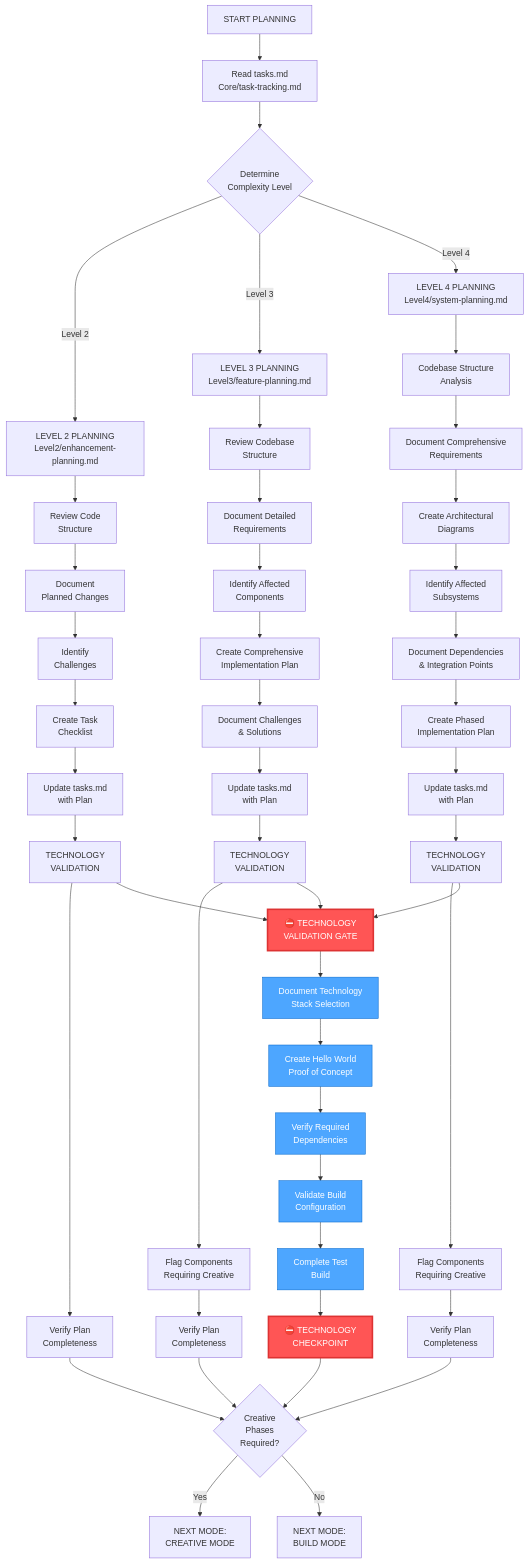
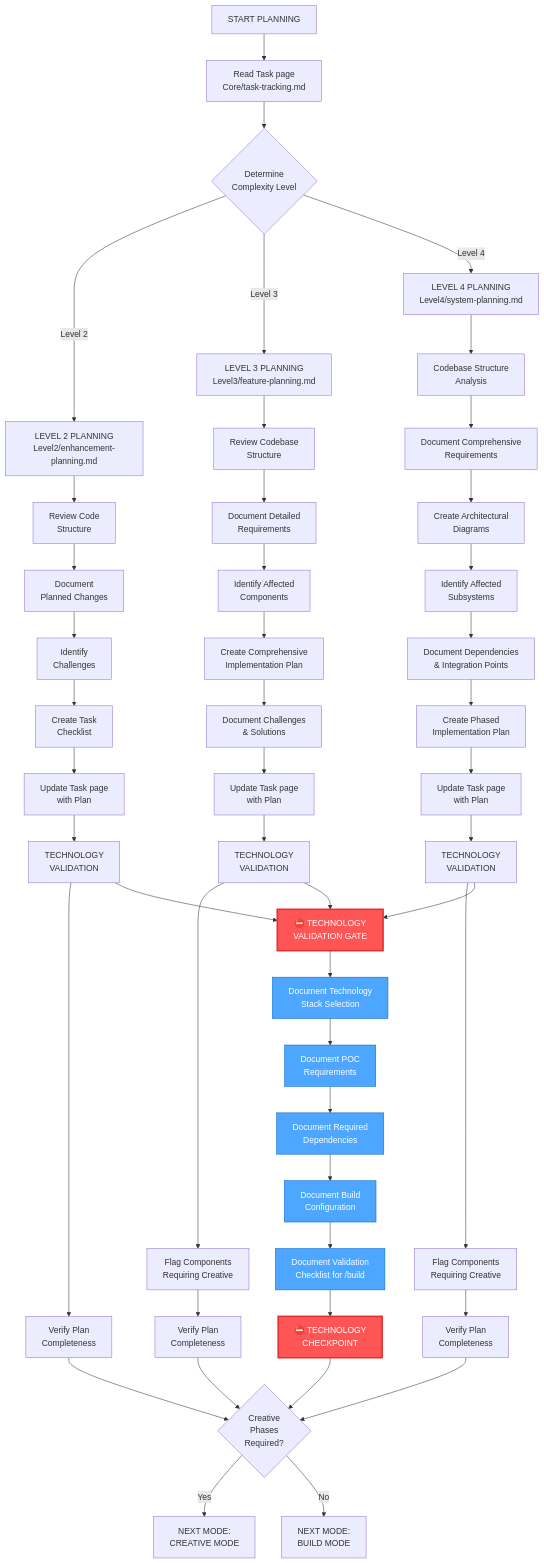
One commit to xianzhu21/cursor-memory-notion changed the first of 5 diagrams in .cursor/rules/isolation_rules/visual-maps/plan-mode-map.mdc. Above: the diagram before and after it, drawn with Mermaid. The commit also changed other lines of this file and 6 other files, not shown here.

First line of the commit message:
feat: merge plan and plan-update into single /plan command (TASK-1388)

````diff
--- a/.cursor/rules/isolation_rules/visual-maps/plan-mode-map.mdc
+++ b/.cursor/rules/isolation_rules/visual-maps/plan-mode-map.mdc
@@ -13,67 +13,67 @@
 ```mermaid
 graph TD
-    Start["START PLANNING"] --> ReadTasks["Read tasks.md<br>Core/task-tracking.md"]
+    Start["START PLANNING"] --> ReadTasks["Read Task page<br>Core/task-tracking.md"]
     
     %% Complexity Level Determination
     ReadTasks --> CheckLevel{"Determine<br>Complexity Level"}
     CheckLevel -->|"Level 2"| Level2["LEVEL 2 PLANNING<br>Level2/enhancement-planning.md"]
     CheckLevel -->|"Level 3"| Level3["LEVEL 3 PLANNING<br>Level3/feature-planning.md"]
     CheckLevel -->|"Level 4"| Level4["LEVEL 4 PLANNING<br>Level4/system-planning.md"]
     
     %% Level 2 Planning
     Level2 --> L2Review["Review Code<br>Structure"]
     L2Review --> L2Document["Document<br>Planned Changes"]
     L2Document --> L2Challenges["Identify<br>Challenges"]
     L2Challenges --> L2Checklist["Create Task<br>Checklist"]
-    L2Checklist --> L2Update["Update tasks.md<br>with Plan"]
+    L2Checklist --> L2Update["Update Task page<br>with Plan"]
     L2Update --> L2Tech["TECHNOLOGY<br>VALIDATION"]
     L2Tech --> L2Verify["Verify Plan<br>Completeness"]
     
     %% Level 3 Planning
     Level3 --> L3Review["Review Codebase<br>Structure"]
     L3Review --> L3Requirements["Document Detailed<br>Requirements"]
     L3Requirements --> L3Components["Identify Affected<br>Components"]
     L3Components --> L3Plan["Create Comprehensive<br>Implementation Plan"]
     L3Plan --> L3Challenges["Document Challenges<br>& Solutions"]
-    L3Challenges --> L3Update["Update tasks.md<br>with Plan"]
+    L3Challenges --> L3Update["Update Task page<br>with Plan"]
     L3Update --> L3Tech["TECHNOLOGY<br>VALIDATION"]
     L3Tech --> L3Flag["Flag Components<br>Requiring Creative"]
     L3Flag --> L3Verify["Verify Plan<br>Completeness"]
     
     %% Level 4 Planning
     Level4 --> L4Analysis["Codebase Structure<br>Analysis"]
     L4Analysis --> L4Requirements["Document Comprehensive<br>Requirements"]
     L4Requirements --> L4Diagrams["Create Architectural<br>Diagrams"]
     L4Diagrams --> L4Subsystems["Identify Affected<br>Subsystems"]
     L4Subsystems --> L4Dependencies["Document Dependencies<br>& Integration Points"]
     L4Dependencies --> L4Plan["Create Phased<br>Implementation Plan"]
-    L4Plan --> L4Update["Update tasks.md<br>with Plan"]
+    L4Plan --> L4Update["Update Task page<br>with Plan"]
     L4Update --> L4Tech["TECHNOLOGY<br>VALIDATION"]
     L4Tech --> L4Flag["Flag Components<br>Requiring Creative"]
     L4Flag --> L4Verify["Verify Plan<br>Completeness"]
     
-    %% Technology Validation Gate - NEW
+    %% Technology Validation Gate - Documentation only (PLAN does not run code)
     L2Tech & L3Tech & L4Tech --> TechGate["⛔ TECHNOLOGY<br>VALIDATION GATE"]
     TechGate --> TechSelection["Document Technology<br>Stack Selection"]
-    TechSelection --> TechHelloWorld["Create Hello World<br>Proof of Concept"]
-    TechHelloWorld --> TechDependencies["Verify Required<br>Dependencies"]
-    TechDependencies --> TechConfig["Validate Build<br>Configuration"]
-    TechConfig --> TechBuild["Complete Test<br>Build"]
+    TechSelection --> TechHelloWorld["Document POC<br>Requirements"]
+    TechHelloWorld --> TechDependencies["Document Required<br>Dependencies"]
+    TechDependencies --> TechConfig["Document Build<br>Configuration"]
+    TechConfig --> TechBuild["Document Validation<br>Checklist for /build"]
     TechBuild --> TechVerify["⛔ TECHNOLOGY<br>CHECKPOINT"]
     
     %% Verification & Completion
     L2Verify & L3Verify & L4Verify & TechVerify --> CheckCreative{"Creative<br>Phases<br>Required?"}
     
     %% Mode Transition
     CheckCreative -->|"Yes"| RecCreative["NEXT MODE:<br>CREATIVE MODE"]
     CheckCreative -->|"No"| RecBuild["NEXT MODE:<br>BUILD MODE"]
     
     %% Style for Technology Gate
     style TechGate fill:#ff5555,stroke:#dd3333,color:white,stroke-width:3px
     style TechVerify fill:#ff5555,stroke:#dd3333,color:white,stroke-width:3px
     style TechSelection fill:#4da6ff,stroke:#0066cc,color:white
     style TechHelloWorld fill:#4da6ff,stroke:#0066cc,color:white
     style TechDependencies fill:#4da6ff,stroke:#0066cc,color:white
     style TechConfig fill:#4da6ff,stroke:#0066cc,color:white
     style TechBuild fill:#4da6ff,stroke:#0066cc,color:white
 ```
````
